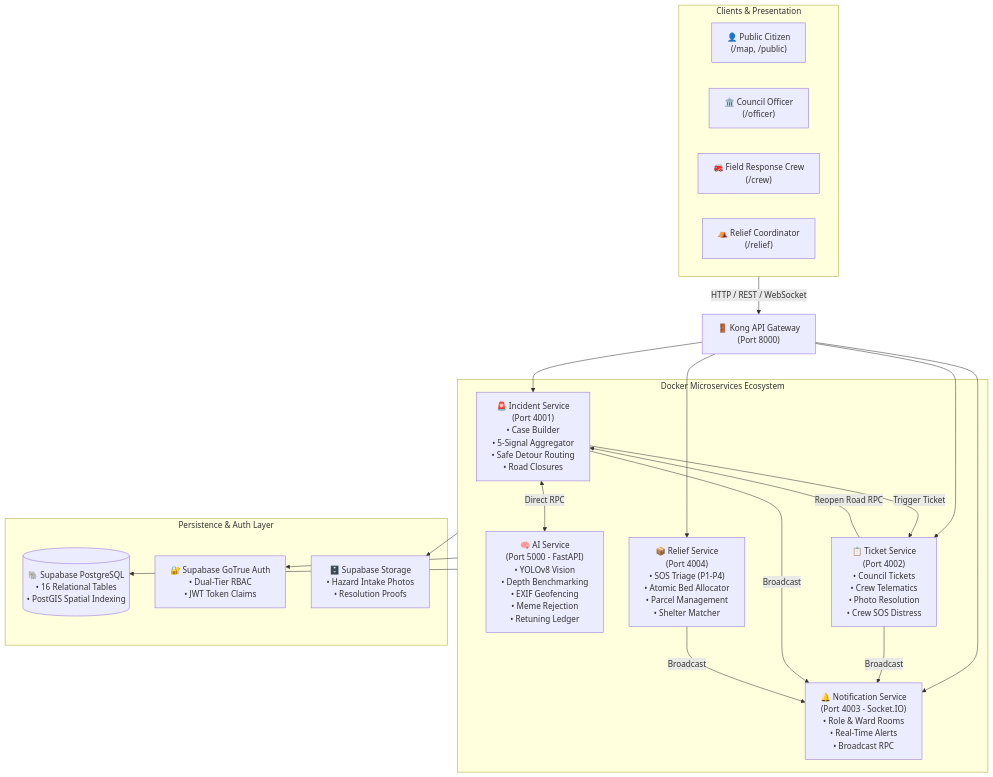
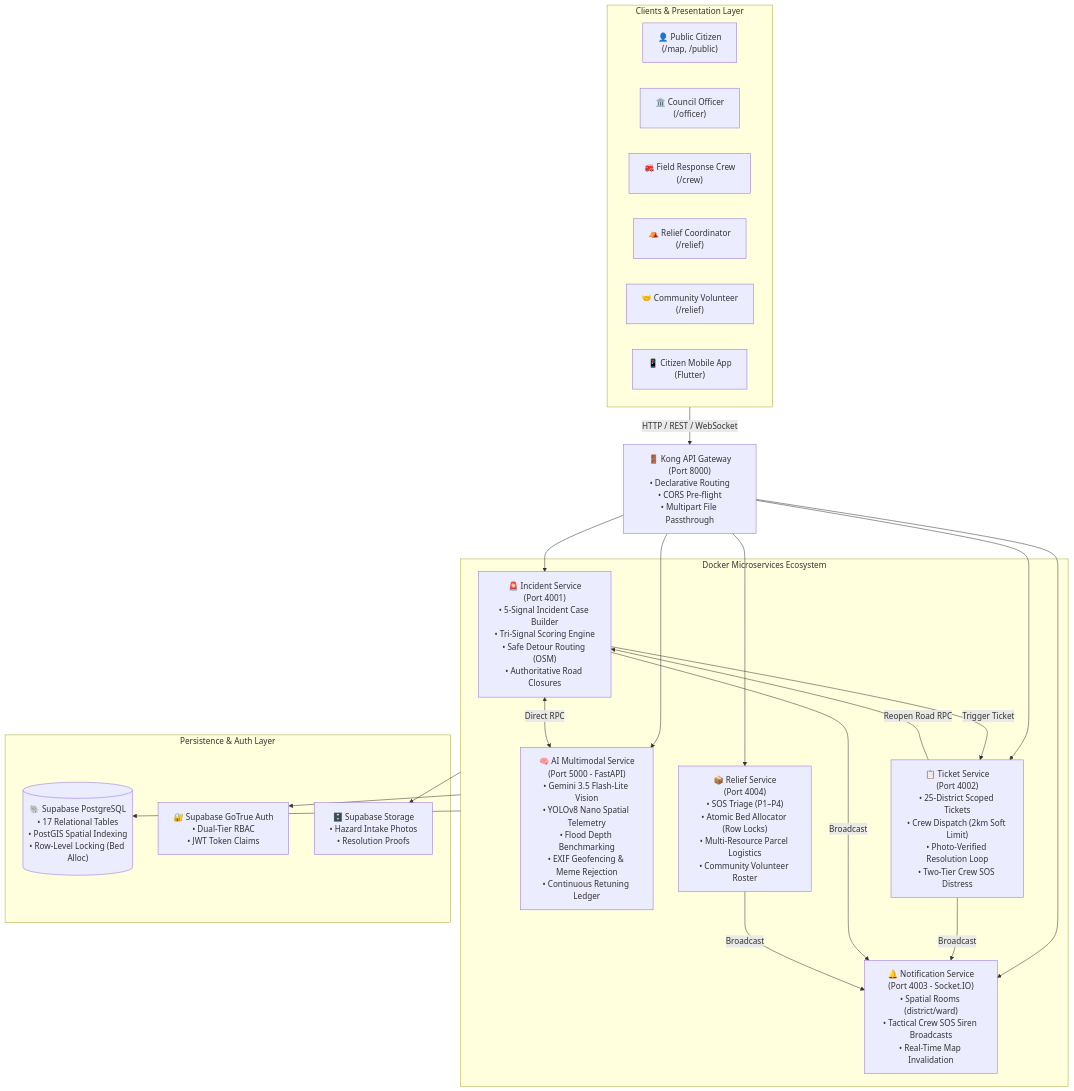
The diagram in README.md (savindu-st/CivicGuard), drawn with Mermaid before and after one commit. The commit also changed other lines of this file and 2 other files, not shown here.

Commit message:
docs: update README with comprehensive platform architecture, features, and system diagrams

````diff
--- a/README.md
+++ b/README.md
@@ -25,39 +54,43 @@
 ```mermaid
 flowchart TD
-    subgraph Clients["Clients & Presentation"]
+    subgraph Clients["Clients & Presentation Layer"]
         Citizen["👤 Public Citizen\n(/map, /public)"]
         Officer["🏛️ Council Officer\n(/officer)"]
         Crew["🚒 Field Response Crew\n(/crew)"]
         Relief["⛺ Relief Coordinator\n(/relief)"]
+        Volunteer["🤝 Community Volunteer\n(/relief)"]
+        MobileApp["📱 Citizen Mobile App\n(Flutter)"]
     end
 
-    Gateway["🚪 Kong API Gateway\n(Port 8000)"]
+    Gateway["🚪 Kong API Gateway\n(Port 8000)\n• Declarative Routing\n• CORS Pre-flight\n• Multipart File Passthrough"]
     Clients -->|HTTP / REST / WebSocket| Gateway
 
     subgraph BackendServices["Docker Microservices Ecosystem"]
-        IncidentService["🚨 Incident Service\n(Port 4001)\n• Case Builder\n• 5-Signal Aggregator\n• Safe Detour Routing\n• Road Closures"]
-        AIService["🧠 AI Service\n(Port 5000 - FastAPI)\n• YOLOv8 Vision\n• Depth Benchmarking\n• EXIF Geofencing\n• Meme Rejection\n• Retuning Ledger"]
-        TicketService["📋 Ticket Service\n(Port 4002)\n• Council Tickets\n• Crew Telematics\n• Photo Resolution\n• Crew SOS Distress"]
-        ReliefService["📦 Relief Service\n(Port 4004)\n• SOS Triage (P1-P4)\n• Atomic Bed Allocator\n• Parcel Management\n• Shelter Matcher"]
-        NotificationService["🔔 Notification Service\n(Port 4003 - Socket.IO)\n• Role & Ward Rooms\n• Real-Time Alerts\n• Broadcast RPC"]
+        IncidentService["🚨 Incident Service\n(Port 4001)\n• 5-Signal Incident Case Builder\n• Tri-Signal Scoring Engine\n• Safe Detour Routing (OSM)\n• Authoritative Road Closures"]
+        AIService["🧠 AI Multimodal Service\n(Port 5000 - FastAPI)\n• Gemini 3.5 Flash-Lite Vision\n• YOLOv8 Nano Spatial Telemetry\n• Flood Depth Benchmarking\n• EXIF Geofencing & Meme Rejection\n• Continuous Retuning Ledger"]
+        TicketService["📋 Ticket Service\n(Port 4002)\n• 25-District Scoped Tickets\n• Crew Dispatch (2km Soft Limit)\n• Photo-Verified Resolution Loop\n• Two-Tier Crew SOS Distress"]
+        ReliefService["📦 Relief Service\n(Port 4004)\n• SOS Triage (P1–P4)\n• Atomic Bed Allocator (Row Locks)\n• Multi-Resource Parcel Logistics\n• Community Volunteer Roster"]
+        NotificationService["🔔 Notification Service\n(Port 4003 - Socket.IO)\n• Spatial Rooms (district/ward)\n• Tactical Crew SOS Siren Broadcasts\n• Real-Time Map Invalidation"]
     end
 
     Gateway --> IncidentService
     Gateway --> TicketService
     Gateway --> ReliefService
     Gateway --> NotificationService
+    Gateway --> AIService
+
     IncidentService <-->|Direct RPC| AIService
     IncidentService -->|Trigger Ticket| TicketService
     TicketService -->|Reopen Road RPC| IncidentService
     TicketService & IncidentService & ReliefService -->|Broadcast| NotificationService
 
     subgraph Persistence["Persistence & Auth Layer"]
-        SupabaseDB[("🐘 Supabase PostgreSQL\n• 16 Relational Tables\n• PostGIS Spatial Indexing")]
+        SupabaseDB[("🐘 Supabase PostgreSQL\n• 17 Relational Tables\n• PostGIS Spatial Indexing\n• Row-Level Locking (Bed Alloc)")]
         SupabaseAuth["🔐 Supabase GoTrue Auth\n• Dual-Tier RBAC\n• JWT Token Claims"]
         SupabaseStorage["🗄️ Supabase Storage\n• Hazard Intake Photos\n• Resolution Proofs"]
     end
 
     BackendServices --> SupabaseDB
     BackendServices --> SupabaseAuth
     BackendServices --> SupabaseStorage
 ```
````
